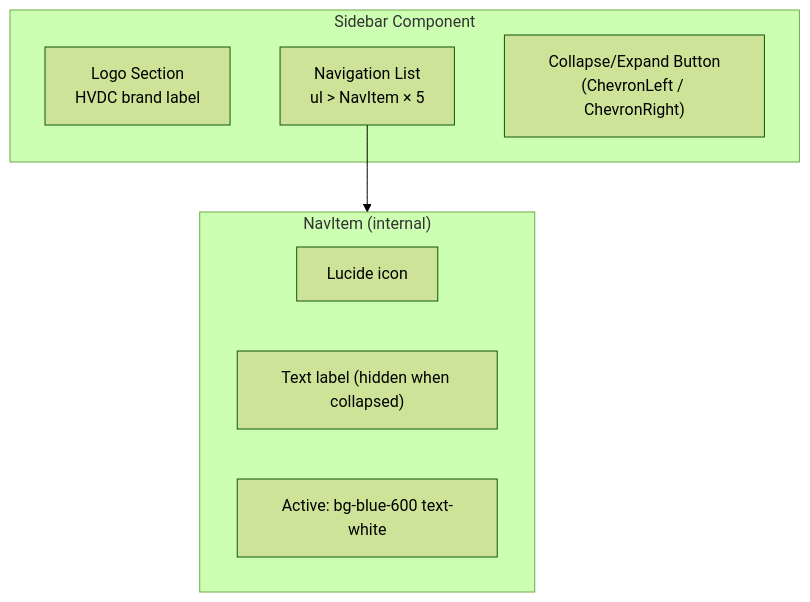
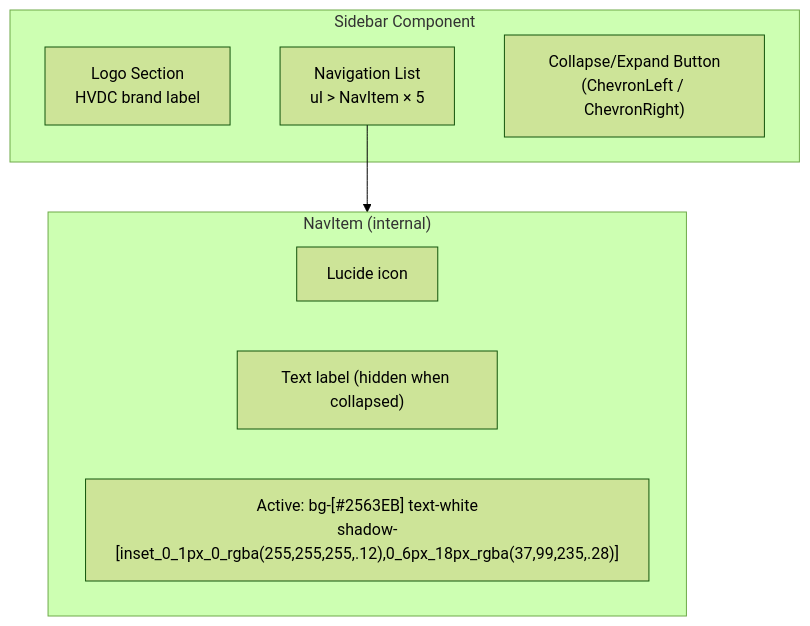
One commit to macho715/logi_hvdc_dash changed the second of 33 diagrams in apps/logistics-dashboard/docs/COMPONENTS.md. Above: the diagram before and after it, drawn with Mermaid (forest theme). The commit also changed other lines of this file and 4 other files, not shown here.

````diff
--- a/apps/logistics-dashboard/docs/COMPONENTS.md
+++ b/apps/logistics-dashboard/docs/COMPONENTS.md
@@ -146,16 +184,16 @@
 ```mermaid
 graph TD
     subgraph Sidebar["Sidebar Component"]
         Logo["Logo Section<br/>HVDC brand label"]
         NavList["Navigation List<br/>ul > NavItem × 5"]
         CollapseBtn["Collapse/Expand Button<br/>(ChevronLeft / ChevronRight)"]
     end
 
     subgraph NavItem["NavItem (internal)"]
         Icon["Lucide icon"]
         Label["Text label (hidden when collapsed)"]
-        ActiveIndicator["Active: bg-blue-600 text-white"]
+        ActiveIndicator["Active: bg-[#2563EB] text-white<br/>shadow-[inset_0_1px_0_rgba(255,255,255,.12),0_6px_18px_rgba(37,99,235,.28)]"]
     end
 
     NavList --> NavItem
 ```
````
